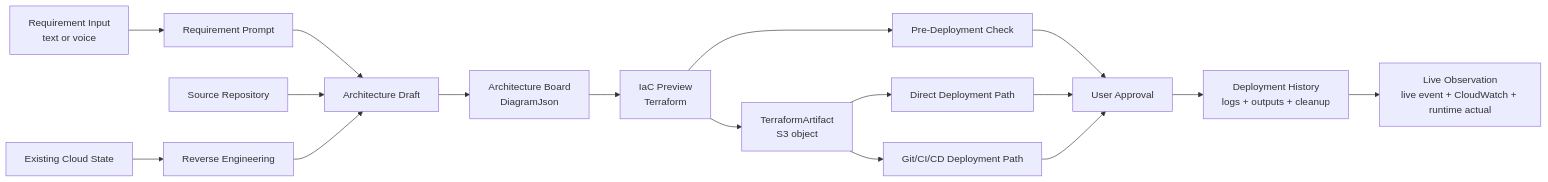
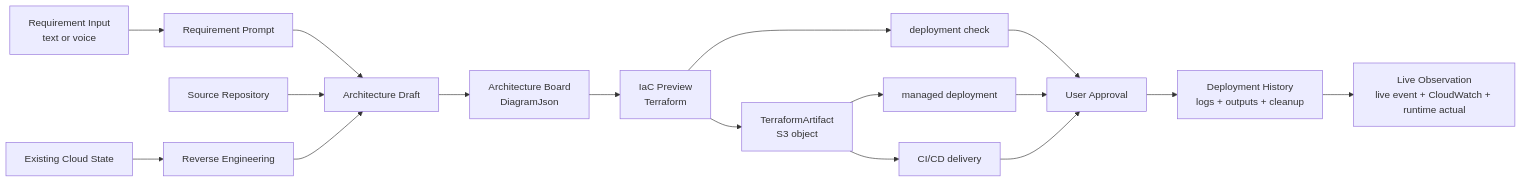
One commit to NearthYou/SketchCatch changed the second of 2 diagrams in docs/architecture.md. Above: the diagram before and after it, drawn with Mermaid. The commit also changed other lines of this file and 269 other files, not shown here.

````diff
--- a/docs/architecture.md
+++ b/docs/architecture.md
@@ -128,19 +128,19 @@
 ```mermaid
 flowchart LR
   Input["Requirement Input\ntext or voice"] --> Prompt["Requirement Prompt"]
   Prompt --> Draft["Architecture Draft"]
   Repo["Source Repository"] --> Draft
   Existing["Existing Cloud State"] --> Reverse["Reverse Engineering"]
   Reverse --> Draft
   Draft --> Board["Architecture Board\nDiagramJson"]
   Board --> IaC["IaC Preview\nTerraform"]
-  IaC --> Check["Pre-Deployment Check"]
+  IaC --> Check["deployment check"]
   IaC --> Artifact["TerraformArtifact\nS3 object"]
-  Artifact --> Direct["Direct Deployment Path"]
-  Artifact --> Git["Git/CI/CD Deployment Path"]
+  Artifact --> Direct["managed deployment"]
+  Artifact --> Git["CI/CD delivery"]
   Check --> Approval["User Approval"]
   Direct --> Approval
   Git --> Approval
   Approval --> History["Deployment History\nlogs + outputs + cleanup"]
   History --> Observe["Live Observation\nlive event + CloudWatch + runtime actual"]
 ```
````
